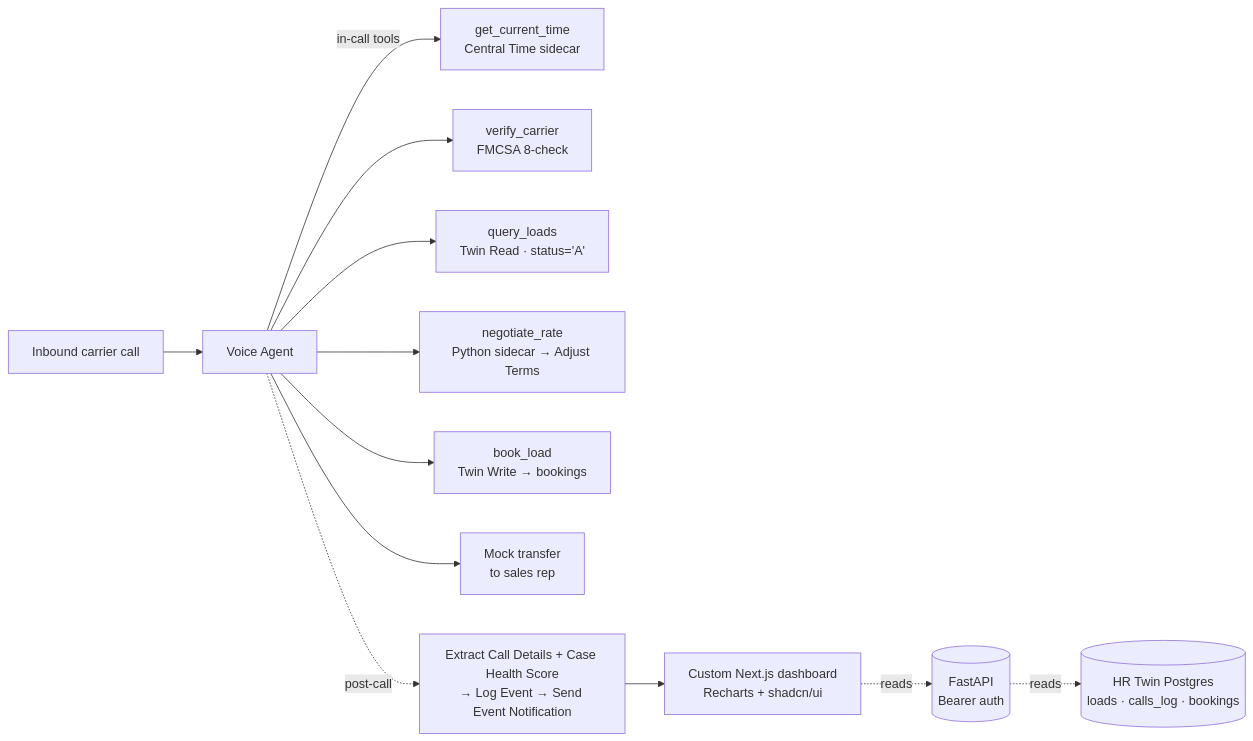
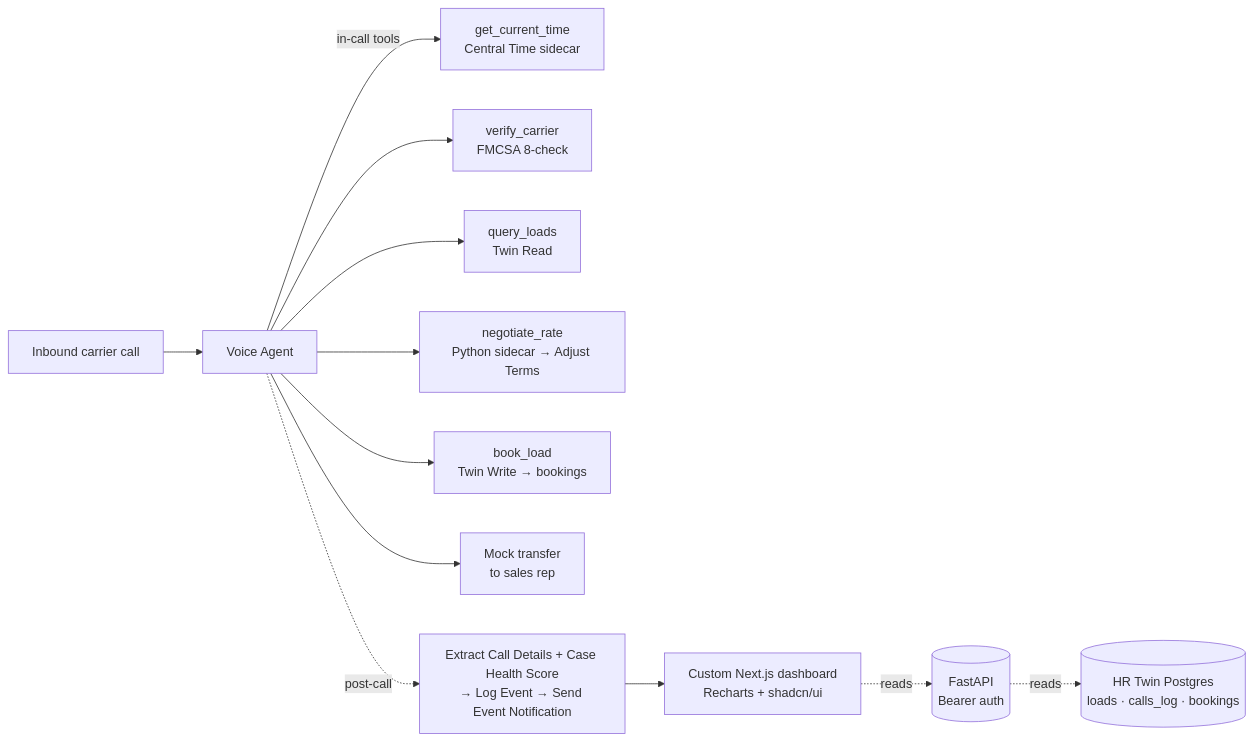
Before and after one commit to AndresMorones/AcmeLogistics: the diagram in docs/broker-doc.md, drawn with Mermaid. The commit also changed other lines of this file and 3 other files, not shown here.

````diff
--- a/docs/broker-doc.md
+++ b/docs/broker-doc.md
@@ -35,14 +35,14 @@
 ```mermaid
 flowchart LR
   Carrier[Inbound carrier call] --> VA[Voice Agent]
   VA -->|in-call tools| V0[get_current_time<br/>Central Time sidecar]
   VA --> V1[verify_carrier<br/>FMCSA 8-check]
-  VA --> V2[query_loads<br/>Twin Read · status='A']
+  VA --> V2[query_loads<br/>Twin Read]
   VA --> V3[negotiate_rate<br/>Python sidecar → Adjust Terms]
   VA --> V4[book_load<br/>Twin Write → bookings]
   VA --> Mock[Mock transfer<br/>to sales rep]
   VA -.->|post-call| Persist[Extract Call Details + Case Health Score<br/>→ Log Event → Send Event Notification]
   Persist --> Dash[Custom Next.js dashboard<br/>Recharts + shadcn/ui]
   Dash -.reads.-> FastAPI[(FastAPI<br/>Bearer auth)]
   FastAPI -.reads.-> Twin[(HR Twin Postgres<br/>loads · calls_log · bookings)]
 ```
````
